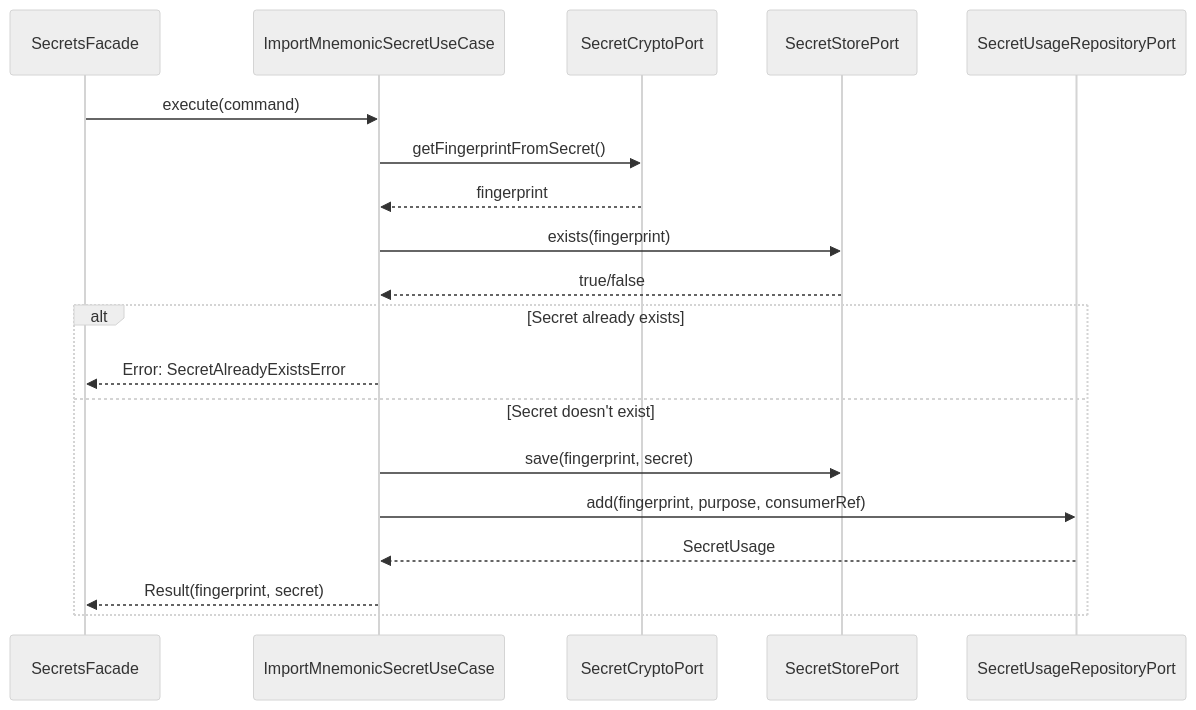
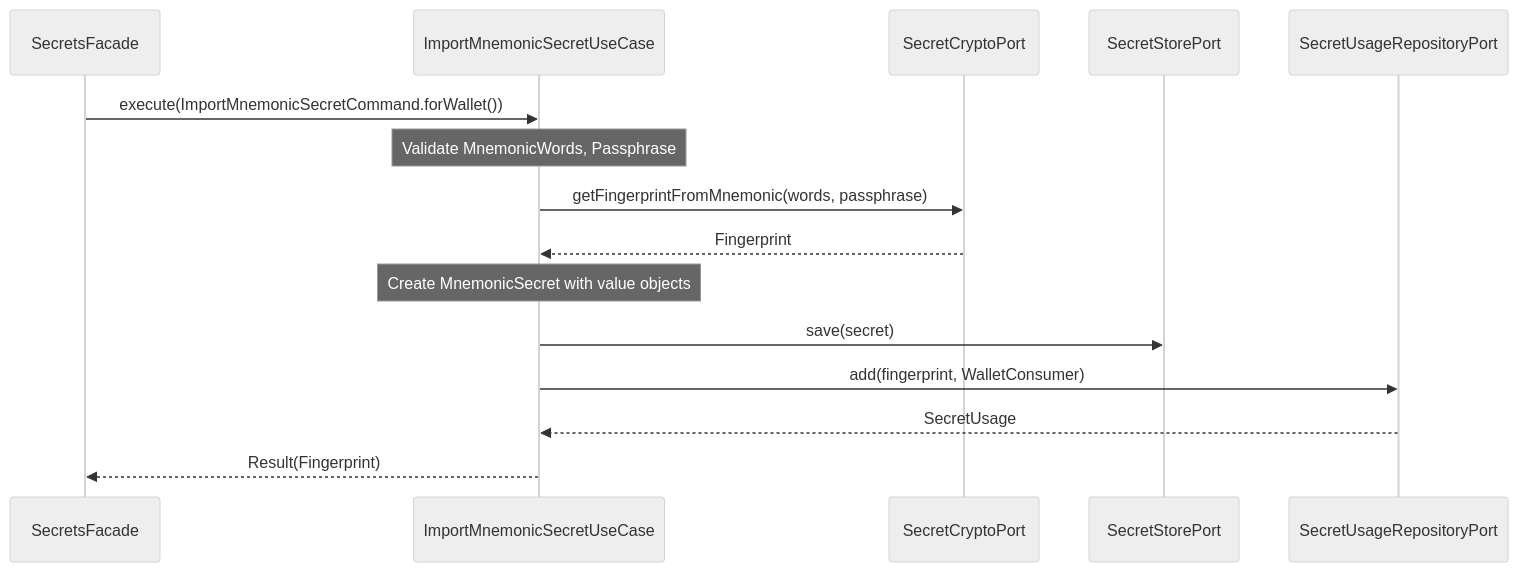
One commit to SatoshiPortal/bullbitcoin-mobile changed the tenth of 17 diagrams in lib/features/secrets/secrets_architecture.md. Above: the diagram before and after it, drawn with Mermaid (neutral theme). The commit also changed other lines of this file and 16 other files, not shown here.

Commit message:
update architecture doc of secrets

````diff
--- a/lib/features/secrets/secrets_architecture.md
+++ b/lib/features/secrets/secrets_architecture.md
@@ -459,22 +528,18 @@
 ```mermaid
 sequenceDiagram
     participant F as SecretsFacade
     participant UC as ImportMnemonicSecretUseCase
     participant SC as SecretCryptoPort
     participant SS as SecretStorePort
     participant SR as SecretUsageRepositoryPort
 
-    F->>UC: execute(command)
-    UC->>SC: getFingerprintFromSecret()
-    SC-->>UC: fingerprint
-    UC->>SS: exists(fingerprint)
-    SS-->>UC: true/false
-    alt Secret already exists
-        UC-->>F: Error: SecretAlreadyExistsError
-    else Secret doesn't exist
-        UC->>SS: save(fingerprint, secret)
-        UC->>SR: add(fingerprint, purpose, consumerRef)
-        SR-->>UC: SecretUsage
-        UC-->>F: Result(fingerprint, secret)
-    end
+    F->>UC: execute(ImportMnemonicSecretCommand.forWallet())
+    Note over UC: Validate MnemonicWords, Passphrase
+    UC->>SC: getFingerprintFromMnemonic(words, passphrase)
+    SC-->>UC: Fingerprint
+    Note over UC: Create MnemonicSecret with value objects
+    UC->>SS: save(secret)
+    UC->>SR: add(fingerprint, WalletConsumer)
+    SR-->>UC: SecretUsage
+    UC-->>F: Result(Fingerprint)
 ```
````
